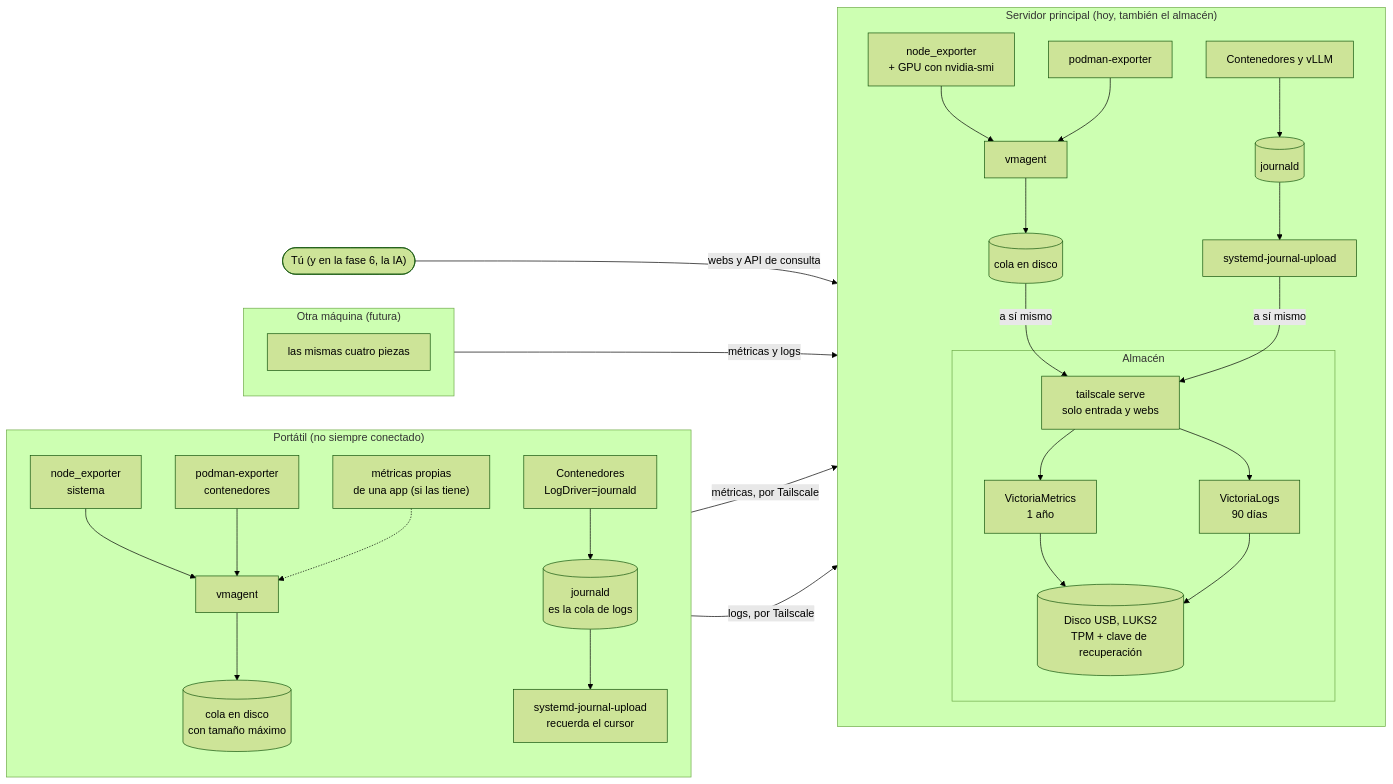
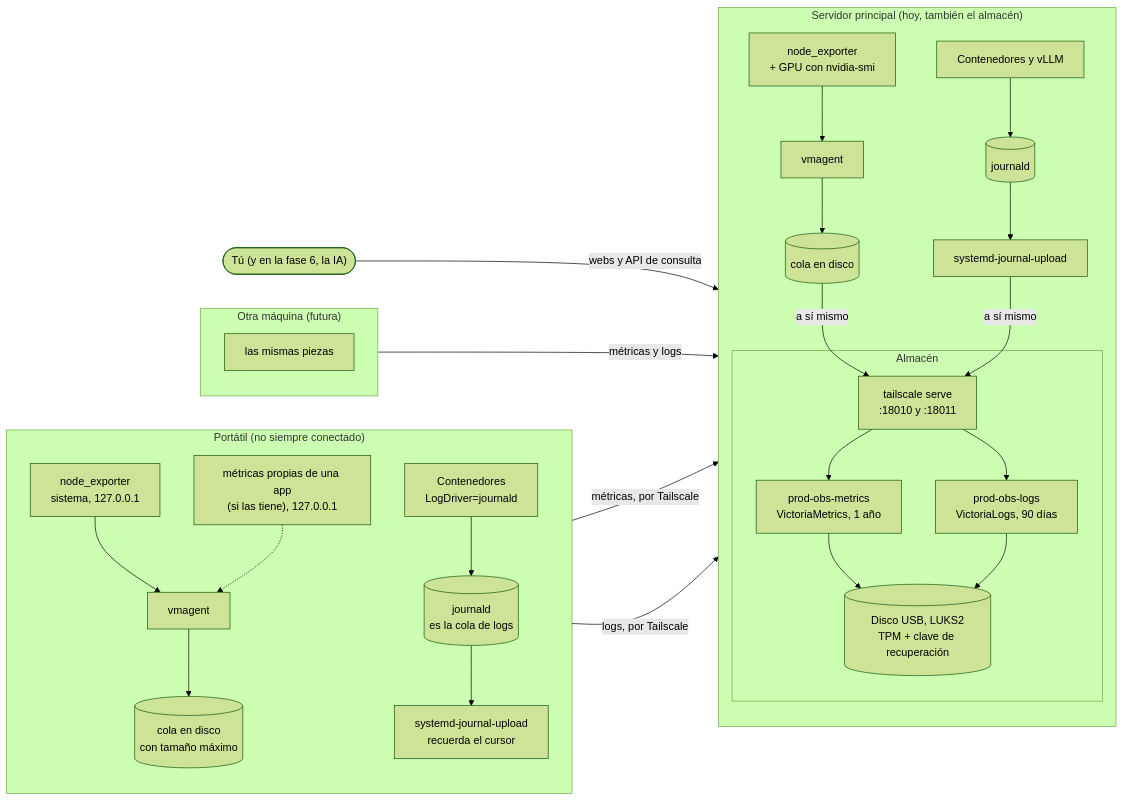
Before and after one commit to laperl/infra-podman: the first of 2 diagrams in docs/OBSERVABILITY.md, drawn with Mermaid (forest theme). The commit also changed other lines of this file and 34 other files, not shown here.

Commit message:
feat: observability store, VictoriaMetrics and VictoriaLogs (phase 3a, R62) (#72)

````diff
--- a/docs/OBSERVABILITY.md
+++ b/docs/OBSERVABILITY.md
@@ -17,42 +17,40 @@
 ```mermaid
 flowchart LR
   subgraph M1["Portátil (no siempre conectado)"]
     direction TB
     a1["Contenedores<br/>LogDriver=journald"] --> j1[("journald<br/>es la cola de logs")]
-    ne1["node_exporter<br/>sistema"] --> va1
-    pe1["podman-exporter<br/>contenedores"] --> va1
-    app1["métricas propias<br/>de una app (si las tiene)"] -.-> va1
+    ne1["node_exporter<br/>sistema, 127.0.0.1"] --> va1
+    app1["métricas propias de una app<br/>(si las tiene), 127.0.0.1"] -.-> va1
     va1["vmagent"] --> q1[("cola en disco<br/>con tamaño máximo")]
     j1 --> ju1["systemd-journal-upload<br/>recuerda el cursor"]
   end
 
   subgraph M2["Servidor principal (hoy, también el almacén)"]
     direction TB
     a2["Contenedores y vLLM"] --> j2[("journald")]
     ne2["node_exporter<br/>+ GPU con nvidia-smi"] --> va2
-    pe2["podman-exporter"] --> va2
     va2["vmagent"] --> q2[("cola en disco")]
     j2 --> ju2["systemd-journal-upload"]
     subgraph ST["Almacén"]
-      ts["tailscale serve<br/>solo entrada y webs"]
-      vm["VictoriaMetrics<br/>1 año"]
-      vl["VictoriaLogs<br/>90 días"]
+      ts["tailscale serve<br/>:18010 y :18011"]
+      vm["prod-obs-metrics<br/>VictoriaMetrics, 1 año"]
+      vl["prod-obs-logs<br/>VictoriaLogs, 90 días"]
       ts --> vm
       ts --> vl
       vm --> disk[("Disco USB, LUKS2<br/>TPM + clave de recuperación")]
       vl --> disk
     end
   end
 
   subgraph M3["Otra máquina (futura)"]
     direction TB
-    x3["las mismas cuatro piezas"]
+    x3["las mismas piezas"]
   end
 
   q1 -- "métricas, por Tailscale" --> ts
   ju1 -- "logs, por Tailscale" --> ts
   q2 -- "a sí mismo" --> ts
   ju2 -- "a sí mismo" --> ts
   x3 -- "métricas y logs" --> ts
   op(["Tú (y en la fase 6, la IA)"]) -- "webs y API de consulta" --> ts
 ```
````
